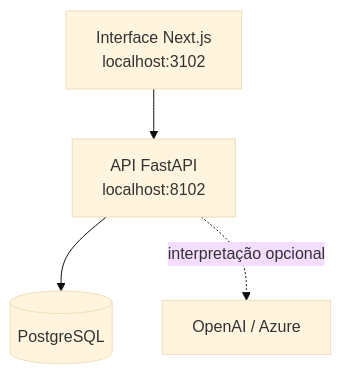
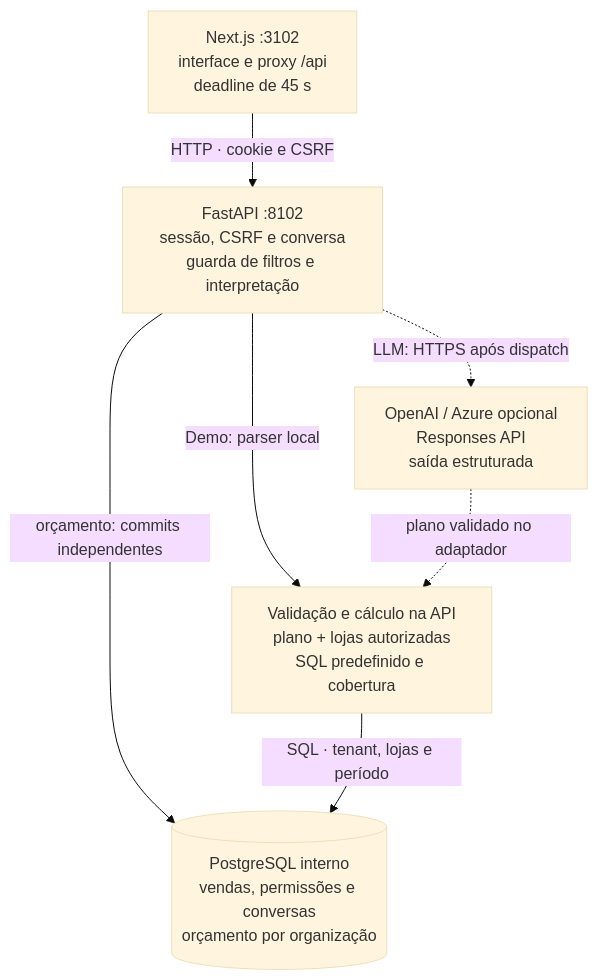
One commit to arthurjoanes/loja-assistente changed the diagram in README.md. Above: the diagram before and after it, drawn with Mermaid (base theme). The commit also changed other lines of this file and 1 other file, not shown here.

Commit message:
Detalha arquitetura, contratos e fluxos de execução

````diff
--- a/README.md
+++ b/README.md
@@ -53,6 +53,14 @@
 ```mermaid
 flowchart TB
-    Web["Interface Next.js<br/>localhost:3102"] --> API["API FastAPI<br/>localhost:8102"]
-    API --> DB[("PostgreSQL")]
-    API -. "interpretação opcional" .-> LLM["OpenAI / Azure"]
+    Web["Next.js :3102<br/>interface e proxy /api<br/>deadline de 45 s"]
+    API["FastAPI :8102<br/>sessão, CSRF e conversa<br/>guarda de filtros e interpretação"]
+    Query["Validação e cálculo na API<br/>plano + lojas autorizadas<br/>SQL predefinido e cobertura"]
+    DB[("PostgreSQL interno<br/>vendas, permissões e conversas<br/>orçamento por organização")]
+    LLM["OpenAI / Azure opcional<br/>Responses API<br/>saída estruturada"]
+    Web -->|"HTTP · cookie e CSRF"| API
+    API -->|"Demo: parser local"| Query
+    API -->|"orçamento: commits independentes"| DB
+    API -.->|"LLM: HTTPS após dispatch"| LLM
+    LLM -.->|"plano validado no adaptador"| Query
+    Query -->|"SQL · tenant, lojas e período"| DB
 ```
````
